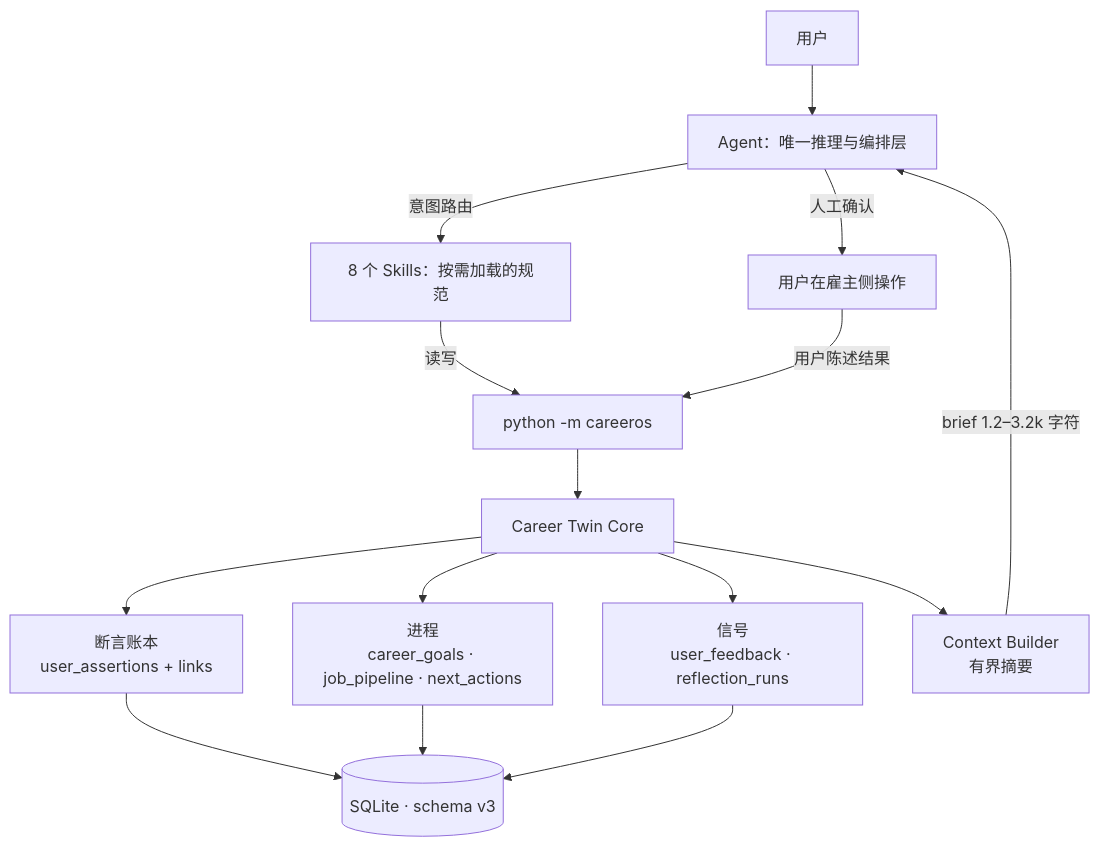
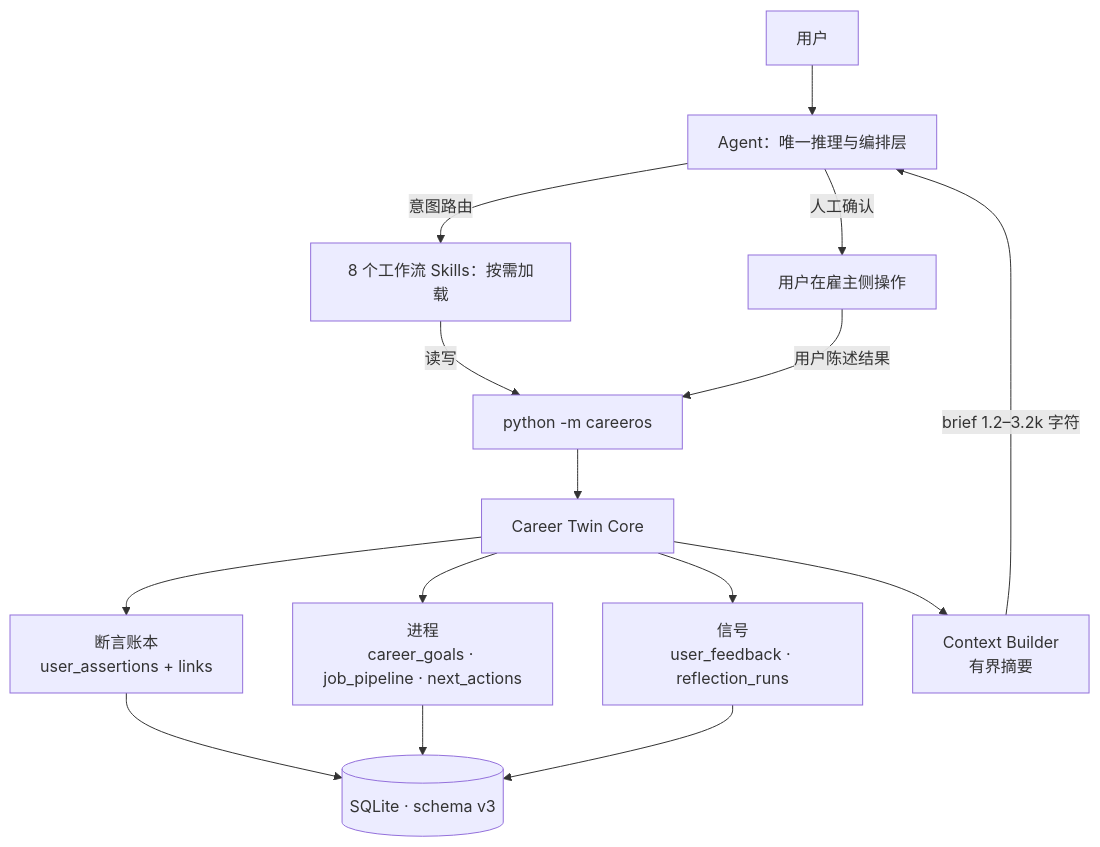
One commit to thituongh699-hash/oriward changed the diagram in docs/CAREER_TWIN_CORE_ARCHITECTURE.md. Above: the diagram before and after it, drawn with Mermaid. The commit also changed other lines of this file and 18 other files, not shown here.

````diff
--- a/docs/CAREER_TWIN_CORE_ARCHITECTURE.md
+++ b/docs/CAREER_TWIN_CORE_ARCHITECTURE.md
@@ -49,17 +34,17 @@
 ```mermaid
 flowchart TD
   U[用户] --> C[Agent：唯一推理与编排层]
-  C -->|意图路由| S[8 个 Skills：按需加载的规范]
+  C -->|意图路由| S[8 个工作流 Skills：按需加载]
   S -->|读写| CLI[python -m careeros]
   CLI --> CORE[Career Twin Core]
   CORE --> A[断言账本<br/>user_assertions + links]
   CORE --> P[进程<br/>career_goals · job_pipeline · next_actions]
   CORE --> F[信号<br/>user_feedback · reflection_runs]
   CORE --> CTX[Context Builder<br/>有界摘要]
   CTX -->|brief 1.2–3.2k 字符| C
   A --> DB[(SQLite · schema v3)]
   P --> DB
   F --> DB
   C -->|人工确认| H[用户在雇主侧操作]
   H -->|用户陈述结果| CLI
 ```
````
